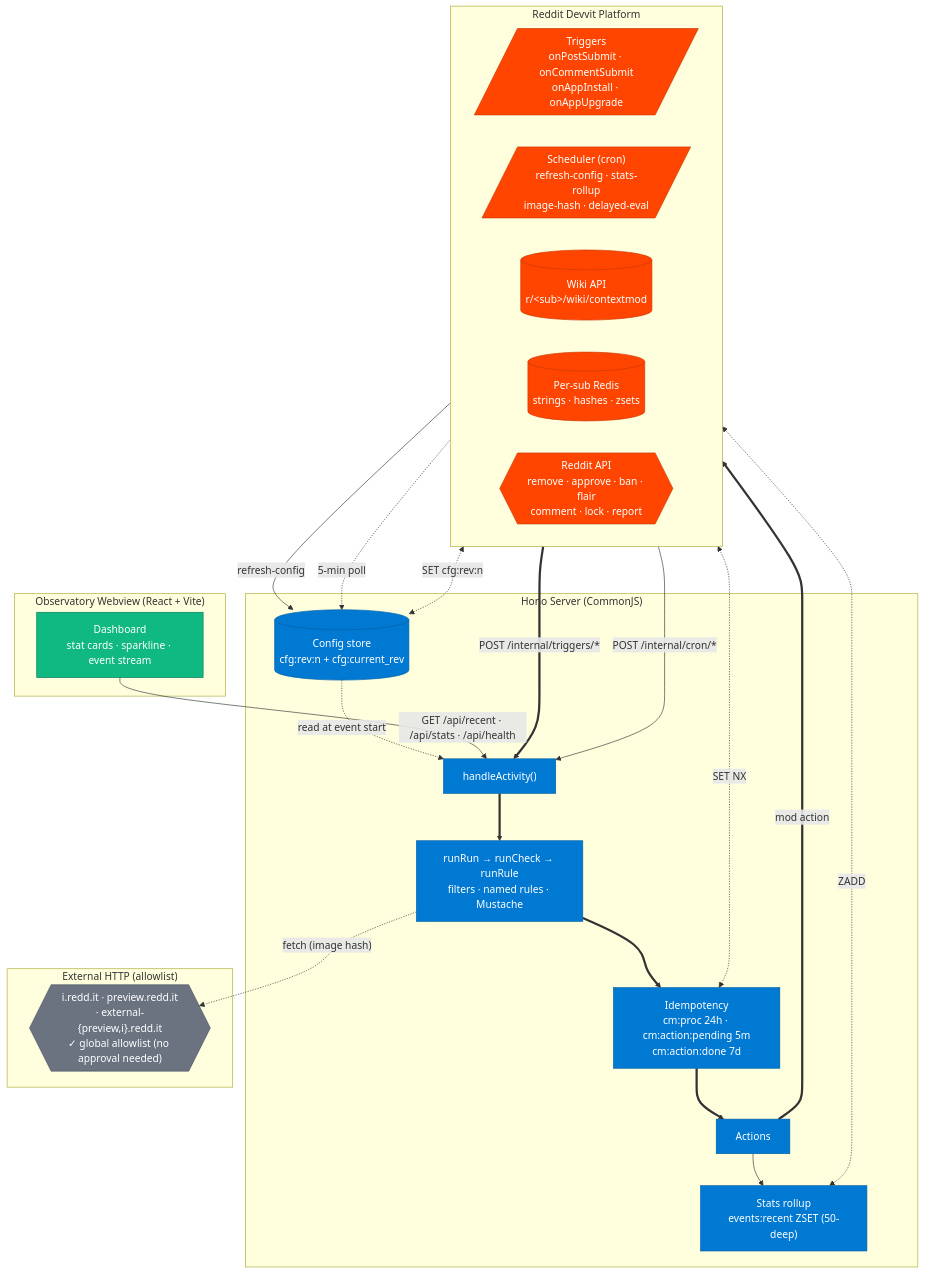
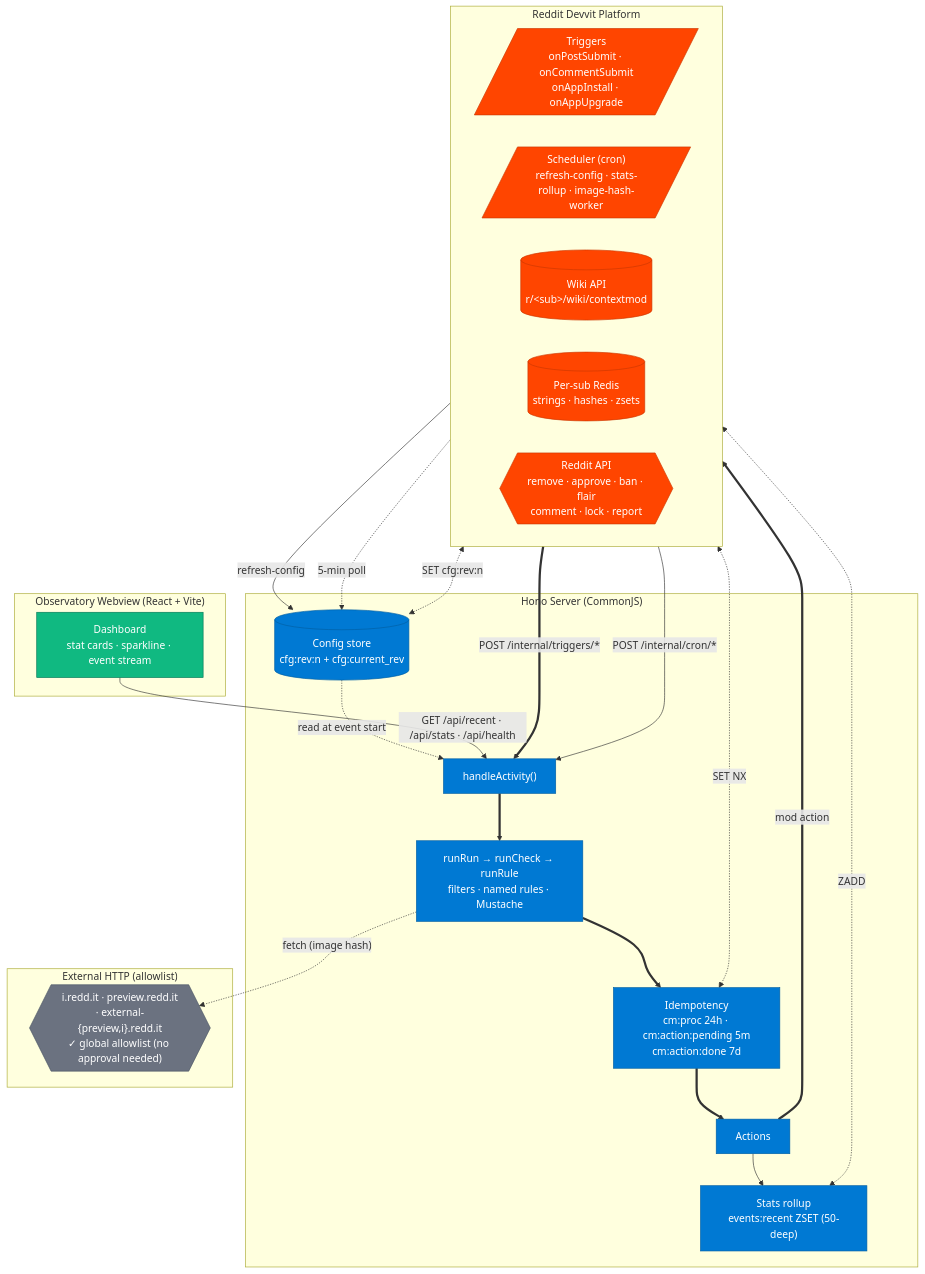
The first of 2 diagrams in README.md (StephenSook/context-mod-devvit), drawn with Mermaid before and after one commit. The commit also changed other lines of this file, not shown here.

First line of the commit message:
fix(readme): close Mermaid delayed-eval drift + AJV claim demote + softer Comparison cells

````diff
--- a/README.md
+++ b/README.md
@@ -68,56 +68,56 @@
 ```mermaid
 flowchart TB
   accTitle: ContextMod Devvit Architecture
   accDescr: Reddit Devvit platform delivers trigger events and cron jobs to a Hono server that runs the rule engine and emits moderation actions back to Reddit while telemetry feeds a React webview dashboard.
 
   subgraph Platform["Reddit Devvit Platform"]
     direction LR
     TRIG[/"Triggers<br/>onPostSubmit · onCommentSubmit<br/>onAppInstall · onAppUpgrade"/]
-    SCHED[/"Scheduler (cron)<br/>refresh-config · stats-rollup<br/>image-hash · delayed-eval"/]
+    SCHED[/"Scheduler (cron)<br/>refresh-config · stats-rollup · image-hash-worker"/]
     WIKI[("Wiki API<br/>r/&lt;sub&gt;/wiki/contextmod")]
     REDIS[("Per-sub Redis<br/>strings · hashes · zsets")]
     RAPI{{"Reddit API<br/>remove · approve · ban · flair<br/>comment · lock · report"}}
   end
 
   subgraph Server["Hono Server (CommonJS)"]
     HA["handleActivity()"]
     CFG[("Config store<br/>cfg:rev:n + cfg:current_rev")]
     PIPE["runRun → runCheck → runRule<br/>filters · named rules · Mustache"]
     IDEM["Idempotency<br/>cm:proc 24h · cm:action:pending 5m<br/>cm:action:done 7d"]
     ACT["Actions"]
     STATS["Stats rollup<br/>events:recent ZSET (50-deep)"]
   end
 
   subgraph Client["Observatory Webview (React + Vite)"]
     DASH["Dashboard<br/>stat cards · sparkline · event stream"]
   end
 
   subgraph External["External HTTP (allowlist)"]
     RIMG{{"i.redd.it · preview.redd.it<br/>· external-{preview,i}.redd.it<br/>✓ global allowlist (no approval needed)"}}
   end
 
   TRIG ==>|"POST /internal/triggers/*"| HA
   SCHED -->|"POST /internal/cron/*"| HA
   SCHED -->|"refresh-config"| CFG
   WIKI -.->|"5-min poll"| CFG
   CFG -.->|"read at event start"| HA
   HA ==> PIPE
   PIPE ==> IDEM
   IDEM ==> ACT
   ACT ==>|"mod action"| RAPI
   ACT --> STATS
   IDEM <-.->|"SET NX"| REDIS
   CFG <-.->|"SET cfg:rev:n"| REDIS
   STATS <-.->|"ZADD"| REDIS
   DASH -->|"GET /api/recent · /api/stats · /api/health"| HA
   PIPE -.->|"fetch (image hash)"| RIMG
 
   classDef platform fill:#FF4500,stroke:#CC3700,color:#fff
   classDef server fill:#0079D3,stroke:#005FA3,color:#fff
   classDef client fill:#10B981,stroke:#047857,color:#fff
   classDef external fill:#6B7280,stroke:#4B5563,color:#fff
   class TRIG,SCHED,WIKI,REDIS,RAPI platform
   class HA,CFG,PIPE,IDEM,ACT,STATS server
   class DASH client
   class RIMG external
 ```
````
